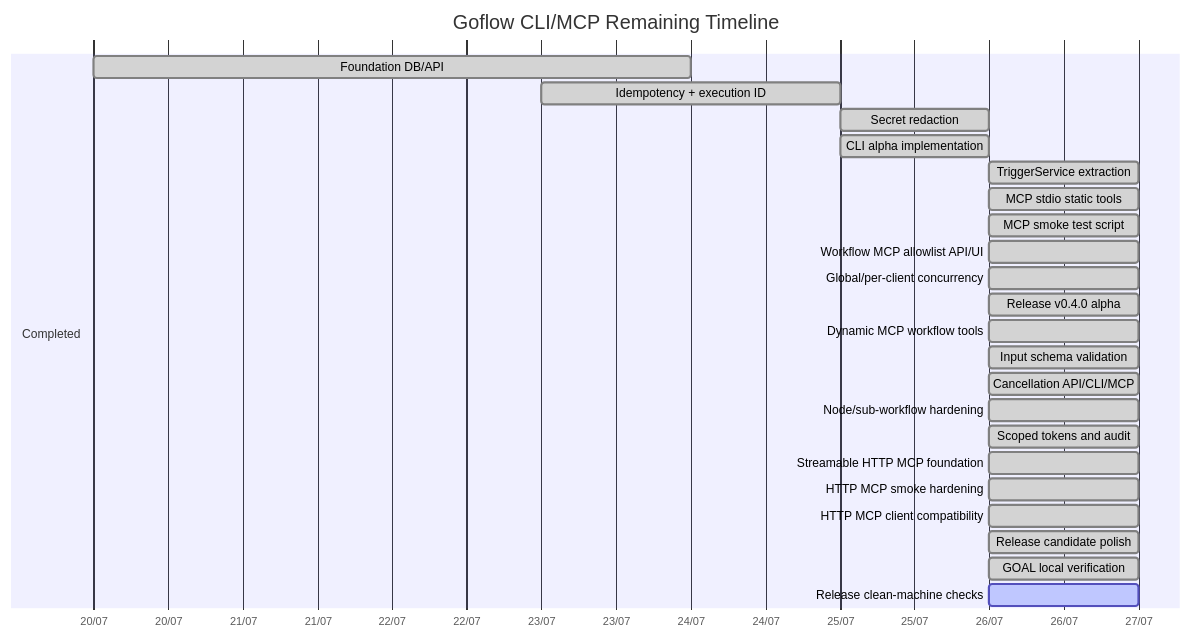
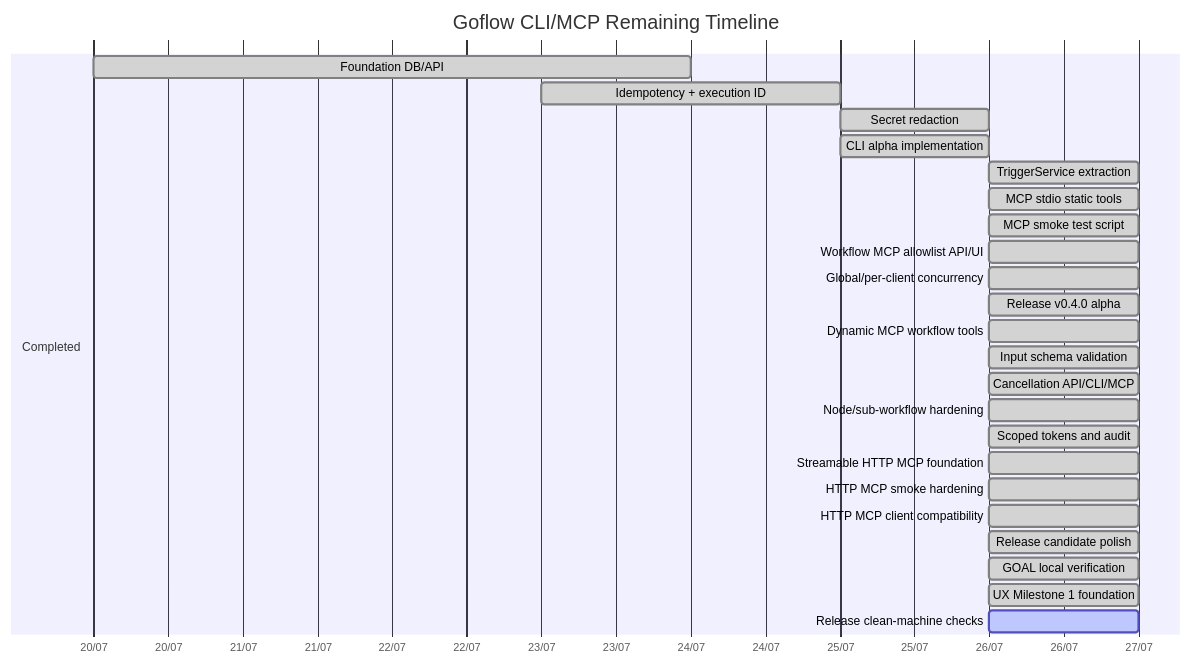
The second of 2 diagrams in ROADMAP_PROGRESS.md (hstptcn5/Goflow), drawn with Mermaid before and after one commit. The commit also changed other lines of this file and 48 other files, not shown here.

Commit message:
Add UX milestone 1 foundation

````diff
--- a/ROADMAP_PROGRESS.md
+++ b/ROADMAP_PROGRESS.md
@@ -102,31 +123,32 @@
 ```mermaid
 gantt
     title Goflow CLI/MCP Remaining Timeline
     dateFormat  YYYY-MM-DD
     axisFormat  %d/%m
 
     section Completed
     Foundation DB/API             :done, f1, 2026-07-20, 4d
     Idempotency + execution ID     :done, f2, 2026-07-23, 2d
     Secret redaction               :done, f3, 2026-07-25, 1d
     CLI alpha implementation       :done, cli1, 2026-07-25, 1d
     TriggerService extraction      :done, svc1, 2026-07-26, 1d
     MCP stdio static tools         :done, mcp1, 2026-07-26, 1d
     MCP smoke test script          :done, mcp2, 2026-07-26, 1d
     Workflow MCP allowlist API/UI  :done, mcp3, 2026-07-26, 1d
     Global/per-client concurrency  :done, hard0, 2026-07-26, 1d
     Release v0.4.0 alpha           :done, rel1, 2026-07-26, 1d
     Dynamic MCP workflow tools     :done, mcp4, 2026-07-26, 1d
     Input schema validation        :done, mcp5, 2026-07-26, 1d
     Cancellation API/CLI/MCP       :done, hard2, 2026-07-26, 1d
     Node/sub-workflow hardening    :done, hard1, 2026-07-26, 1d
     Scoped tokens and audit        :done, sec1, 2026-07-26, 1d
 
     section Completed
     Streamable HTTP MCP foundation :done, http1, 2026-07-26, 1d
     HTTP MCP smoke hardening       :done, http2, 2026-07-26, 1d
     HTTP MCP client compatibility  :done, http3, 2026-07-26, 1d
     Release candidate polish       :done, rc1, 2026-07-26, 1d
     GOAL local verification        :done, goal1, 2026-07-26, 1d
+    UX Milestone 1 foundation      :done, ux1, 2026-07-26, 1d
     Release clean-machine checks   :active, goal2, 2026-07-26, 1d
 ```
````
